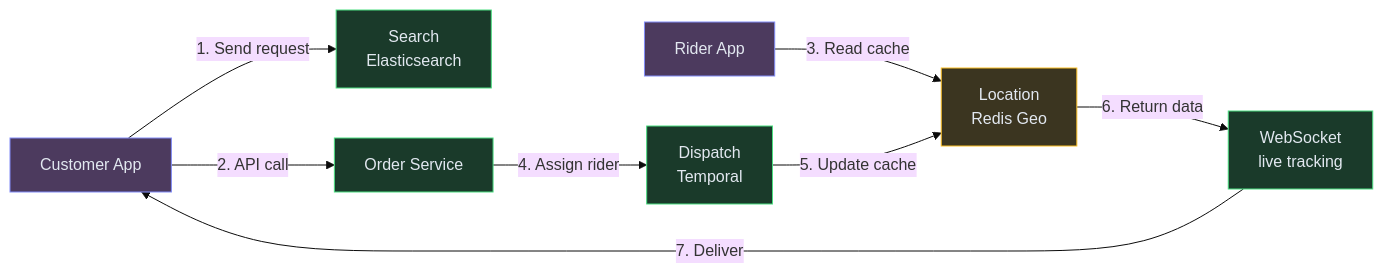
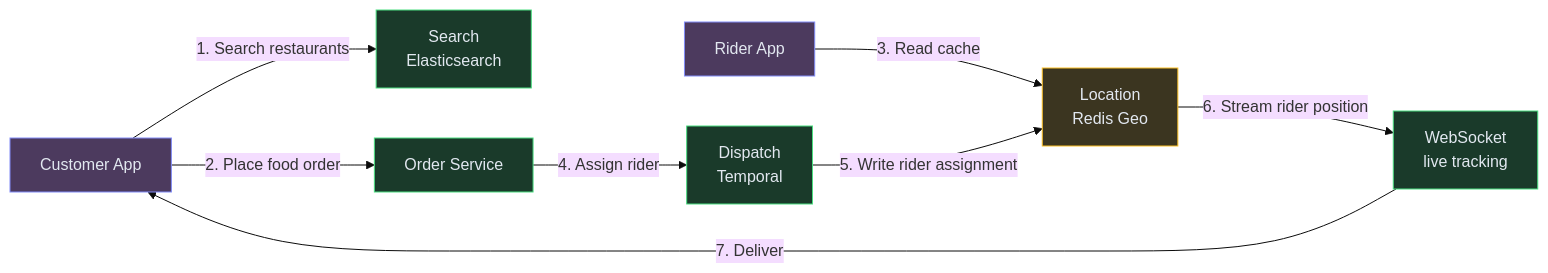
Before and after one commit to iluzn/HLD-Designs: the first of 12 diagrams in content/hld/Zomato.md, drawn with Mermaid (base theme). The commit also changed other lines of this file and 27 other files, not shown here.

````diff
--- a/content/hld/Zomato.md
+++ b/content/hld/Zomato.md
@@ -21,22 +21,22 @@
 ```mermaid
 flowchart LR
     CUST["Customer App"]:::client
     RIDER["Rider App"]:::client
     SEARCH["Search<br/>Elasticsearch"]:::service
     ORDER["Order Service"]:::service
     LOC["Location<br/>Redis Geo"]:::data
     MATCH["Dispatch<br/>Temporal"]:::service
     WS["WebSocket<br/>live tracking"]:::service
 
-    CUST -->|"1. Send request"| SEARCH
-    CUST -->|"2. API call"| ORDER
+    CUST -->|"1. Search restaurants"| SEARCH
+    CUST -->|"2. Place food order"| ORDER
     RIDER -->|"3. Read cache"| LOC
     ORDER -->|"4. Assign rider"| MATCH
-    MATCH -->|"5. Update cache"| LOC
-    LOC -->|"6. Return data"| WS
+    MATCH -->|"5. Write rider assignment"| LOC
+    LOC -->|"6. Stream rider position"| WS
     WS -->|"7. Deliver"| CUST
 
     classDef client fill:#4c3a5e,stroke:#818cf8,color:#e2e8f0
     classDef service fill:#1a3a2a,stroke:#4ade80,color:#e2e8f0
     classDef data fill:#3b3520,stroke:#fbbf24,color:#e2e8f0
 ```
````
